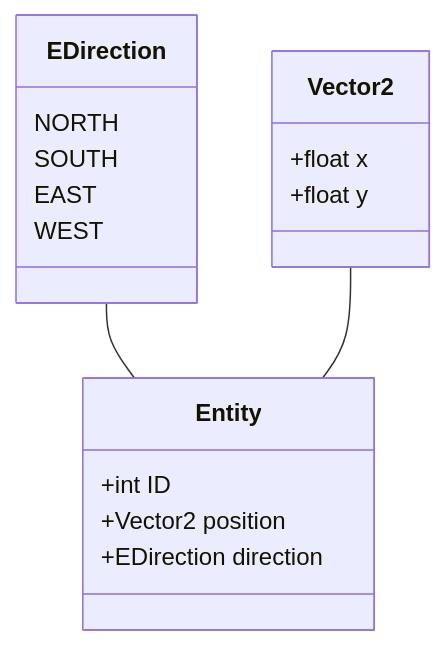
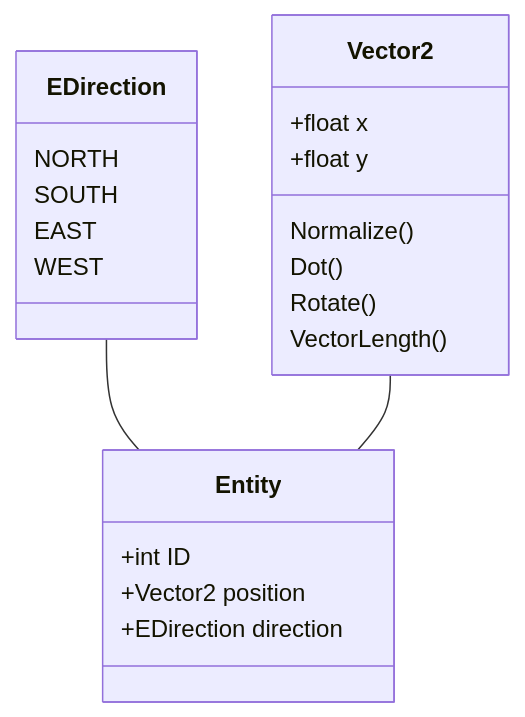
The diagram in ReadMe.md (EwanBurnett/GDB-Tech-Test), drawn with Mermaid before and after one commit. The commit also changed other lines of this file and 3 other files, not shown here.

````diff
--- a/ReadMe.md
+++ b/ReadMe.md
@@ -38,22 +53,26 @@
 ```mermaid
 classDiagram
 	EDirection -- Entity
 	Vector2 -- Entity
 	class Vector2{
 		+float x
 		+float y
+		Normalize()
+		Dot()
+		Rotate()
+		VectorLength()
 	}
 	
 	class EDirection{
 		NORTH
 		SOUTH
 		EAST
 		WEST
 	}
 	
 	class Entity{
 		+int ID
 		+Vector2 position
 		+EDirection direction
 	}
 ```
````
